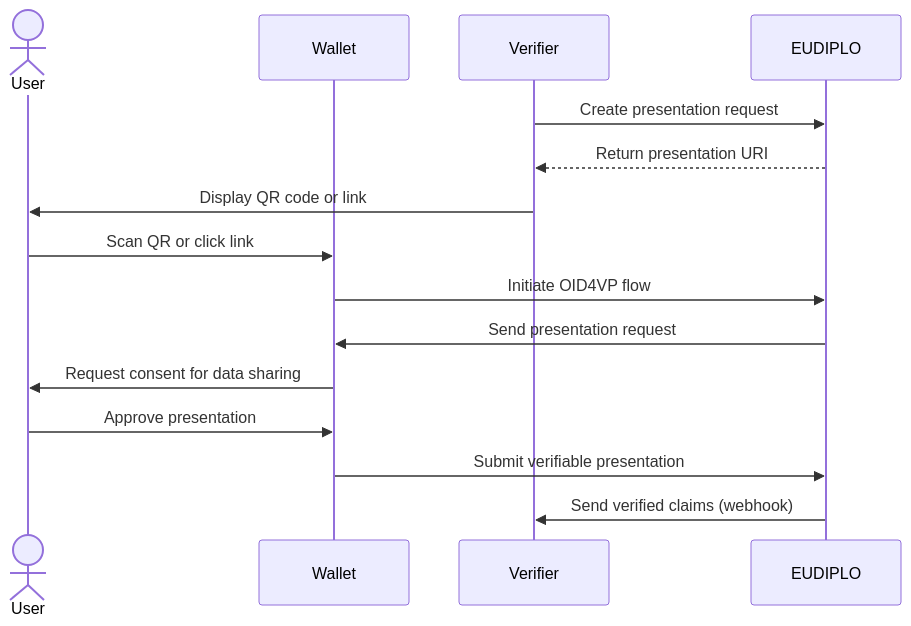
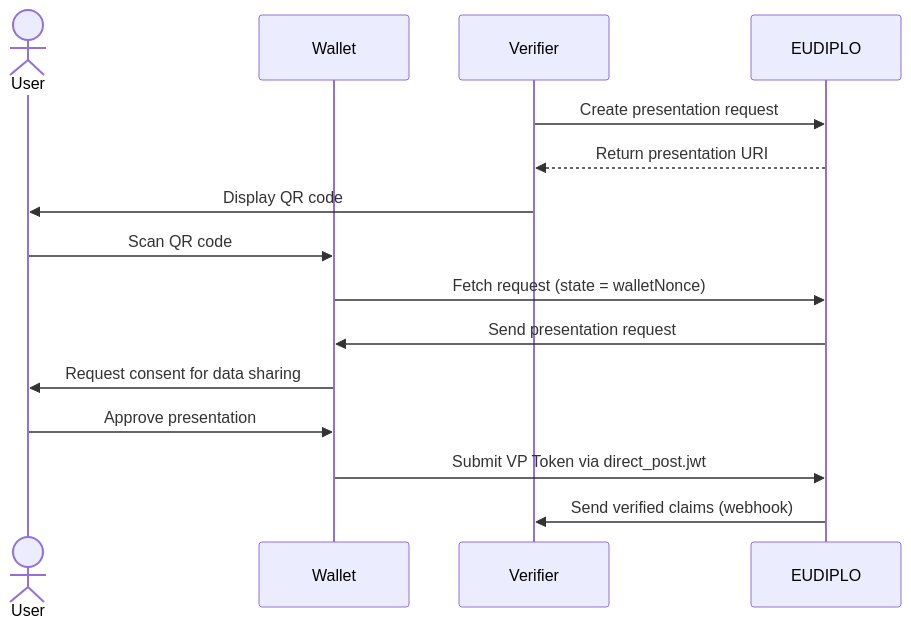
The second of 3 diagrams in docs/getting-started/presentation/index.md (openwallet-foundation-labs/eudiplo), drawn with Mermaid before and after one commit. The commit also changed other lines of this file and 2 other files, not shown here.

````diff
--- a/docs/getting-started/presentation/index.md
+++ b/docs/getting-started/presentation/index.md
@@ -97,18 +129,18 @@
 ```mermaid
 sequenceDiagram
     actor User
     participant Wallet
     participant Verifier
     participant EUDIPLO
 
     Verifier->>EUDIPLO: Create presentation request
     EUDIPLO-->>Verifier: Return presentation URI
-    Verifier->>User: Display QR code or link
-    User->>Wallet: Scan QR or click link
-    Wallet->>EUDIPLO: Initiate OID4VP flow
+    Verifier->>User: Display QR code
+    User->>Wallet: Scan QR code
+    Wallet->>EUDIPLO: Fetch request (state = walletNonce)
     EUDIPLO->>Wallet: Send presentation request
     Wallet->>User: Request consent for data sharing
     User->>Wallet: Approve presentation
-    Wallet->>EUDIPLO: Submit verifiable presentation
+    Wallet->>EUDIPLO: Submit VP Token via direct_post.jwt
     EUDIPLO->>Verifier: Send verified claims (webhook)
 ```
````
